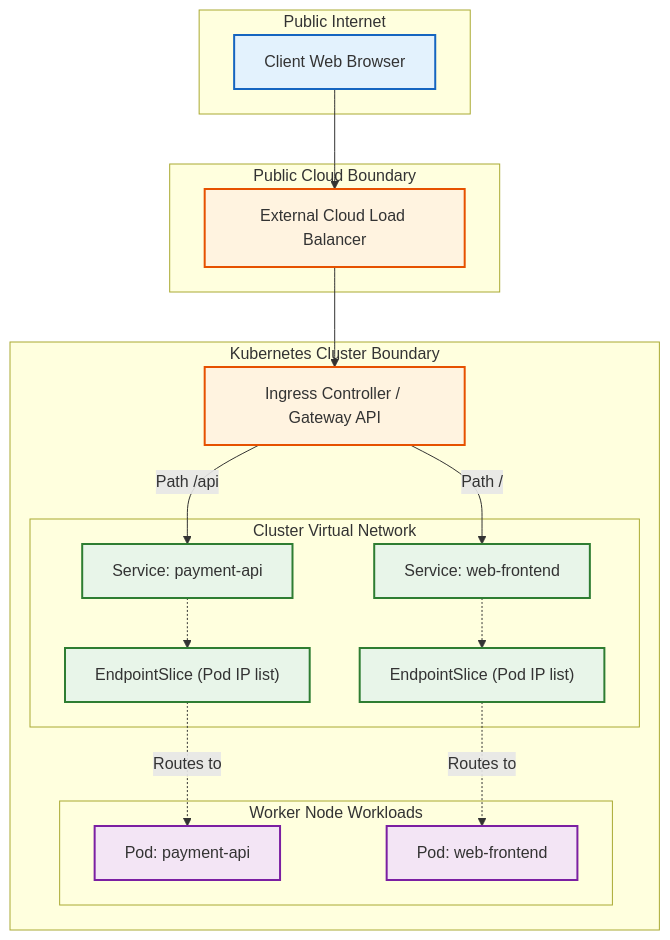
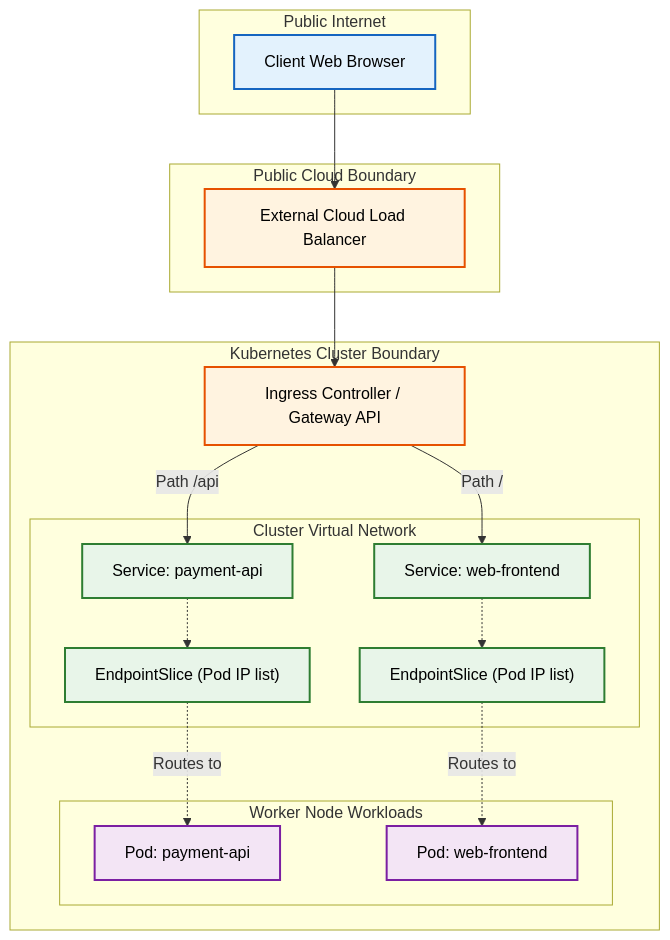
Before and after one commit to aloysiuspattath/platform-engineering-ai-course: the first of 2 diagrams in courses/platform-engineering/modules/module-10/lesson-03.md, drawn with Mermaid. The commit also changed 53 other files, not shown here.

Commit message:
fix: enforce high-contrast black text on mermaid diagram fills for dark mode readability

````diff
--- a/courses/platform-engineering/modules/module-10/lesson-03.md
+++ b/courses/platform-engineering/modules/module-10/lesson-03.md
@@ -118,48 +118,48 @@
 ```mermaid
 flowchart TD
-    classDef external fill:#e3f2fd,stroke:#1565c0,stroke-width:2px;
-    classDef ingress fill:#fff3e0,stroke:#e65100,stroke-width:2px;
-    classDef service fill:#e8f5e9,stroke:#2e7d32,stroke-width:2px;
-    classDef pod fill:#f3e5f5,stroke:#7b1fa2,stroke-width:2px;
+    classDef external fill:#e3f2fd,stroke:#1565c0,stroke-width:2px,color:#000000;
+    classDef ingress fill:#fff3e0,stroke:#e65100,stroke-width:2px,color:#000000;
+    classDef service fill:#e8f5e9,stroke:#2e7d32,stroke-width:2px,color:#000000;
+    classDef pod fill:#f3e5f5,stroke:#7b1fa2,stroke-width:2px,color:#000000;
 
     subgraph Internet [Public Internet]
         CLIENT["Client Web Browser"]
     end
 
     subgraph ExternalCloud [Public Cloud Boundary]
         CLB["External Cloud Load Balancer"]
     end
 
     subgraph K8sCluster [Kubernetes Cluster Boundary]
         INGRESS["Ingress Controller / Gateway API"]
         
         subgraph InternalNetwork [Cluster Virtual Network]
             SVC_API["Service: payment-api"]
             SVC_WEB["Service: web-frontend"]
             
             EP_API["EndpointSlice (Pod IP list)"]
             EP_WEB["EndpointSlice (Pod IP list)"]
             
             SVC_API -.-> EP_API
             SVC_WEB -.-> EP_WEB
         end
         
         subgraph Pods [Worker Node Workloads]
             POD_API["Pod: payment-api"]
             POD_WEB["Pod: web-frontend"]
             
             EP_API -.->|Routes to| POD_API
             EP_WEB -.->|Routes to| POD_WEB
         end
     end
     
     CLIENT --> CLB
     CLB --> INGRESS
     INGRESS -->|Path /api| SVC_API
     INGRESS -->|Path /| SVC_WEB
 
     class CLIENT external;
     class CLB,INGRESS ingress;
     class SVC_API,SVC_WEB,EP_API,EP_WEB service;
     class POD_API,POD_WEB pod;
 ```
````
